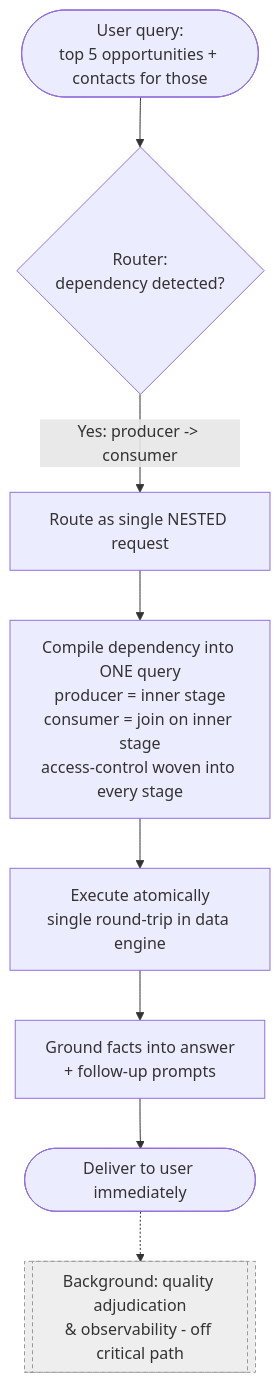
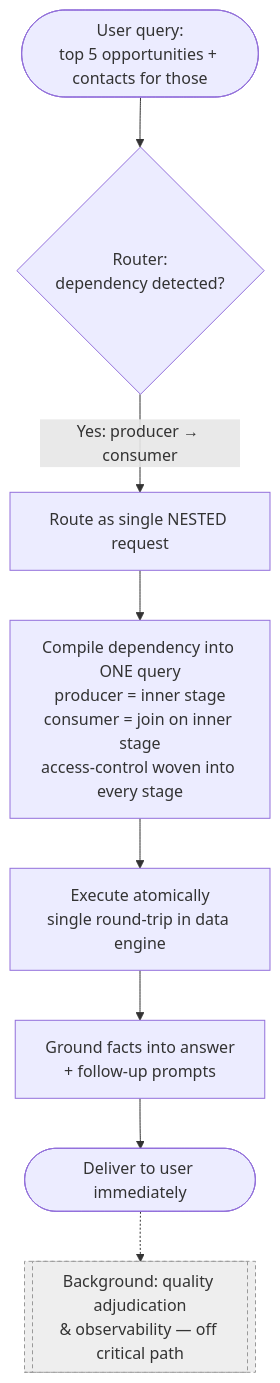
One commit to sreejadeb1997/StudyGuideAIEngineering changed the first of 2 diagrams in Projects/AccountResearcher-NovelWorkflow.md. Above: the diagram before and after it, drawn with Mermaid. The commit also changed other lines of this file and 8 other files, not shown here.

````diff
--- a/Projects/AccountResearcher-NovelWorkflow.md
+++ b/Projects/AccountResearcher-NovelWorkflow.md
@@ -81,13 +81,13 @@
 ```mermaid
 flowchart TD
-    U([User query:\ntop 5 opportunities + contacts for those]) --> RT{Router:\ndependency detected?}
-    RT -->|Yes: producer -> consumer| NEST[Route as single NESTED request]
-    NEST --> COMP[Compile dependency into ONE query\nproducer = inner stage\nconsumer = join on inner stage\naccess-control woven into every stage]
-    COMP --> EXEC[Execute atomically\nsingle round-trip in data engine]
-    EXEC --> GND[Ground facts into answer\n+ follow-up prompts]
-    GND --> DEL([Deliver to user immediately])
-    DEL -.-> ADJ[[Background: quality adjudication\n& observability - off critical path]]
+    U(["User query:<br/>top 5 opportunities + contacts for those"]) --> RT{"Router:<br/>dependency detected?"}
+    RT -->|"Yes: producer &rarr; consumer"| NEST["Route as single NESTED request"]
+    NEST --> COMP["Compile dependency into ONE query<br/>producer = inner stage<br/>consumer = join on inner stage<br/>access-control woven into every stage"]
+    COMP --> EXEC["Execute atomically<br/>single round-trip in data engine"]
+    EXEC --> GND["Ground facts into answer<br/>+ follow-up prompts"]
+    GND --> DEL(["Deliver to user immediately"])
+    DEL -.-> ADJ[["Background: quality adjudication<br/>& observability &mdash; off critical path"]]
 
     classDef async fill:#eee,stroke:#999,stroke-dasharray:4 3;
     class ADJ async;
 ```
````
